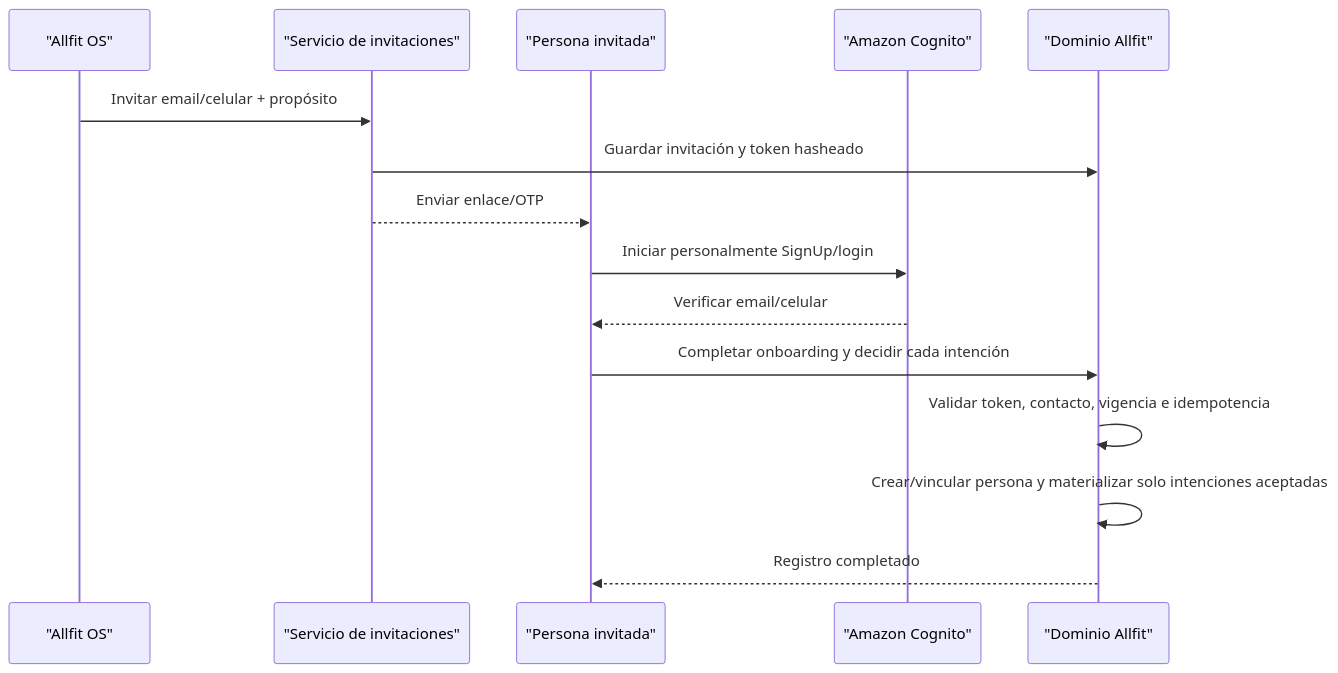
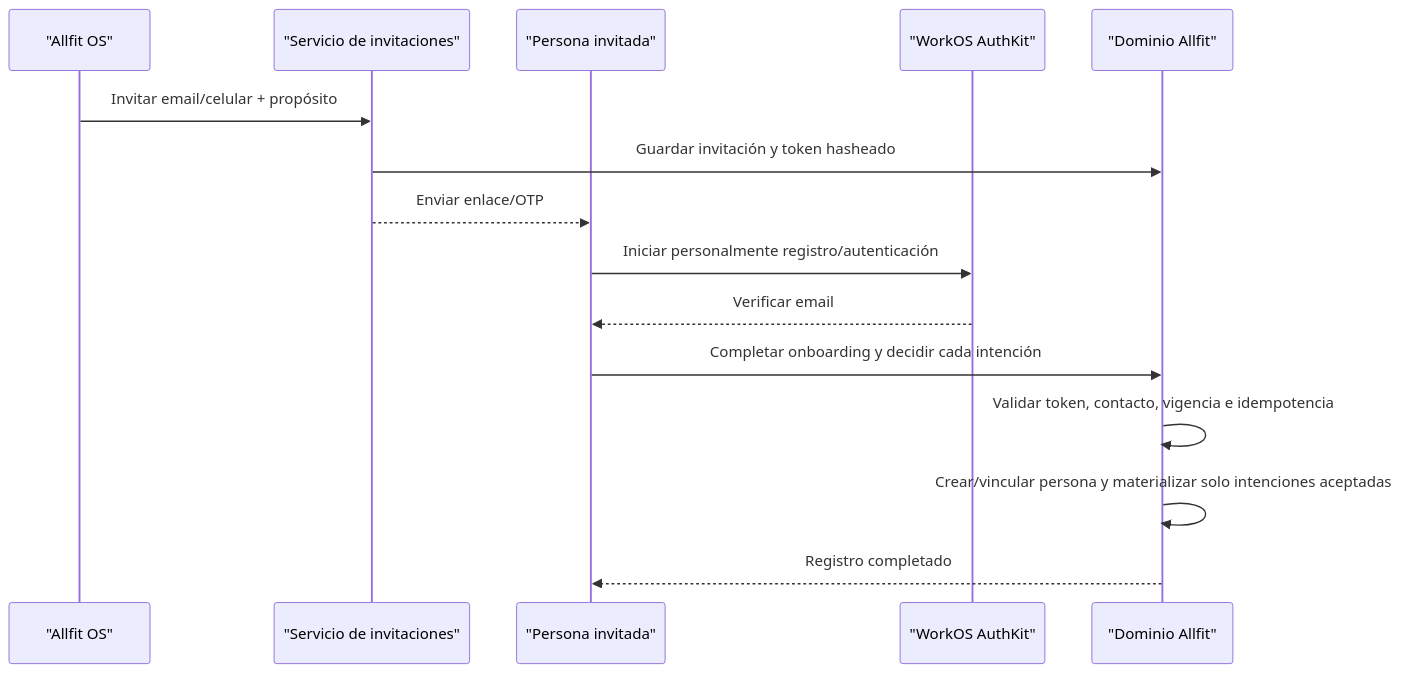
One commit to allfitone/allfitone-docs changed the second of 4 diagrams in platform/database/refactor/02_ARCHITECTURE_DECISIONS/ALLFIT_ARCHITECTURE_DECISIONS.md. Above: the diagram before and after it, drawn with Mermaid. The commit also changed other lines of this file and 19 other files, not shown here.

Commit message:
docs: migrate authentication from Cognito to WorkOS

````diff
--- a/platform/database/refactor/02_ARCHITECTURE_DECISIONS/ALLFIT_ARCHITECTURE_DECISIONS.md
+++ b/platform/database/refactor/02_ARCHITECTURE_DECISIONS/ALLFIT_ARCHITECTURE_DECISIONS.md
@@ -108,18 +108,18 @@
 ```mermaid
 sequenceDiagram
     participant OS as "Allfit OS"
     participant Inv as "Servicio de invitaciones"
     participant P as "Persona invitada"
-    participant Auth as "Amazon Cognito"
+    participant Auth as "WorkOS AuthKit"
     participant DB as "Dominio Allfit"
 
     OS->>Inv: Invitar email/celular + propósito
     Inv->>DB: Guardar invitación y token hasheado
     Inv-->>P: Enviar enlace/OTP
-    P->>Auth: Iniciar personalmente SignUp/login
-    Auth-->>P: Verificar email/celular
+    P->>Auth: Iniciar personalmente registro/autenticación
+    Auth-->>P: Verificar email
     P->>DB: Completar onboarding y decidir cada intención
     DB->>DB: Validar token, contacto, vigencia e idempotencia
     DB->>DB: Crear/vincular persona y materializar solo intenciones aceptadas
     DB-->>P: Registro completado
 ```
````
